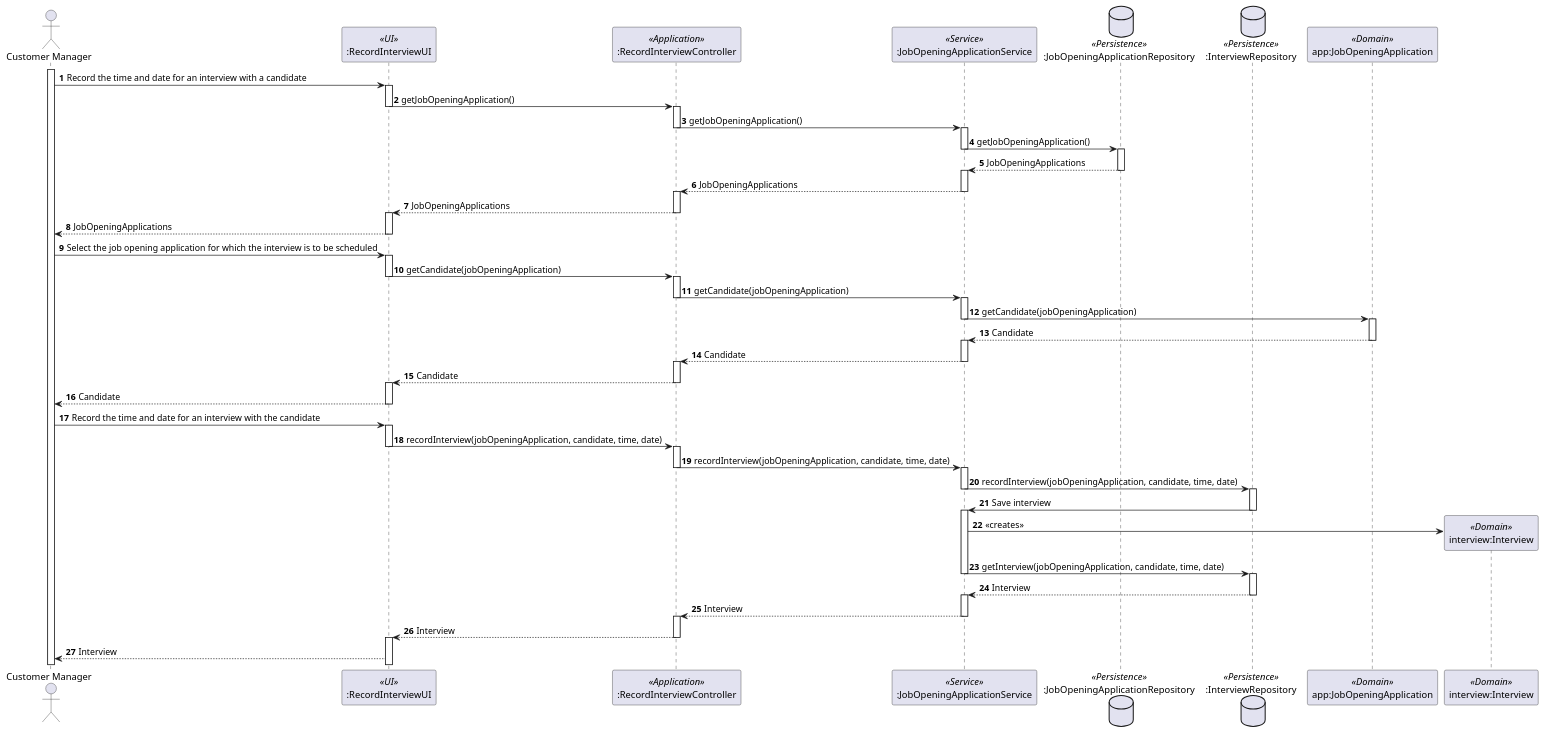
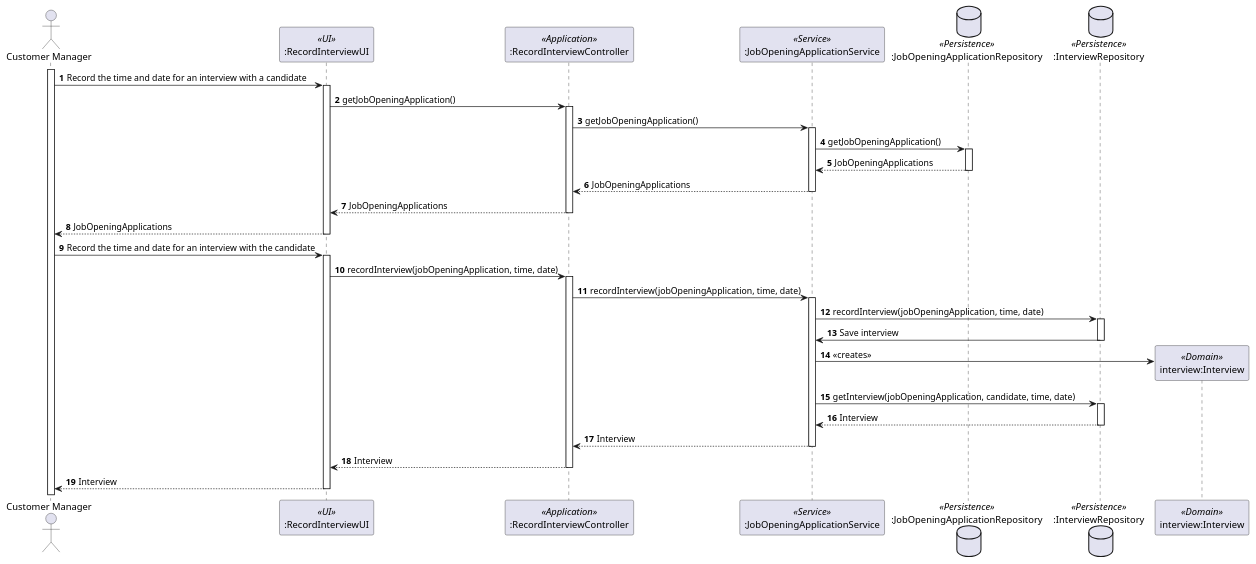
The diagram in docs/sprintC/1014/puml/1014-sequence-diagram.puml (marcoferreira37/Lapr4), drawn with PlantUML before and after one commit. The commit also changed 1 other file, not shown here.

Commit message:
#39 delete all references to a candidate sequence diagram

```diff
--- a/docs/sprintC/1014/puml/1014-sequence-diagram.puml
+++ b/docs/sprintC/1014/puml/1014-sequence-diagram.puml
@@ -1,145 +1,97 @@
 @startuml
 
 actor "Customer Manager" as Agent
 participant ":RecordInterviewUI" as ui <<UI>>
 participant ":RecordInterviewController" as ctrl <<Application>>
 participant ":JobOpeningApplicationService" as jobApServ <<Service>>
 database ":JobOpeningApplicationRepository" as jobRepo <<Persistence>>
 'participant ":ApplicationService" as appServ <<Service>>
 database ":InterviewRepository" as intRepo <<Persistence>>
-participant "app:JobOpeningApplication" as app <<Domain>>
+'participant "app:JobOpeningApplication" as app <<Domain>>
 participant "interview:Interview" as interview <<Domain>>
 
 
 autonumber
 
 activate Agent
 
 Agent -> ui: Record the time and date for an interview with a candidate
 activate ui
 
 ui -> ctrl: getJobOpeningApplication()
 
-deactivate ui
 
 
 activate ctrl
 
 ctrl -> jobApServ: getJobOpeningApplication()
-deactivate ctrl
 
 activate jobApServ
 
 jobApServ -> jobRepo: getJobOpeningApplication()
-deactivate jobApServ
 activate jobRepo
 
 jobRepo --> jobApServ: JobOpeningApplications
 
 deactivate jobRepo
 
-activate jobApServ
 
 jobApServ --> ctrl: JobOpeningApplications
 deactivate jobApServ
 
-activate ctrl
 
 ctrl --> ui: JobOpeningApplications
 deactivate ctrl
 
-activate ui
 
 ui --> Agent: JobOpeningApplications
 deactivate ui
 
-Agent -> ui: Select the job opening application for which the interview is to be scheduled
-activate ui
 
-ui -> ctrl: getCandidate(jobOpeningApplication)
-deactivate ui
-
-activate ctrl
-
-ctrl -> jobApServ: getCandidate(jobOpeningApplication)
-deactivate ctrl
-
-activate jobApServ
-
-jobApServ -> app: getCandidate(jobOpeningApplication)
-deactivate jobApServ
-
-activate app
-
-app --> jobApServ: Candidate
-deactivate app
-
-activate jobApServ
-
-jobApServ --> ctrl: Candidate
-deactivate jobApServ
-
-activate ctrl
-
-ctrl --> ui: Candidate
-deactivate ctrl
-
-activate ui
-
-ui --> Agent: Candidate
-deactivate ui
 
 Agent -> ui: Record the time and date for an interview with the candidate
 activate ui
 
-ui -> ctrl: recordInterview(jobOpeningApplication, candidate, time, date)
-deactivate ui
+ui -> ctrl: recordInterview(jobOpeningApplication, time, date)
 
 activate ctrl
 
-ctrl -> jobApServ: recordInterview(jobOpeningApplication, candidate, time, date)
-deactivate ctrl
+ctrl -> jobApServ: recordInterview(jobOpeningApplication, time, date)
 
 activate jobApServ
 
-jobApServ -> intRepo: recordInterview(jobOpeningApplication, candidate, time, date)
-deactivate jobApServ
+jobApServ -> intRepo: recordInterview(jobOpeningApplication, time, date)
 
 activate intRepo
 
 intRepo -> jobApServ: Save interview
 deactivate intRepo
 
-activate jobApServ
 
 jobApServ -> interview** : «creates»
 
 jobApServ -> intRepo: getInterview(jobOpeningApplication, candidate, time, date)
-deactivate jobApServ
 
 activate intRepo
 
 intRepo --> jobApServ: Interview
 deactivate intRepo
 
-activate jobApServ
 
 jobApServ --> ctrl: Interview
 deactivate jobApServ
 
-activate ctrl
 
 ctrl --> ui: Interview
 deactivate ctrl
 
-activate ui
-
 ui --> Agent: Interview
 
+deactivate ui
 
 
 
 
 
 
 @enduml
```
